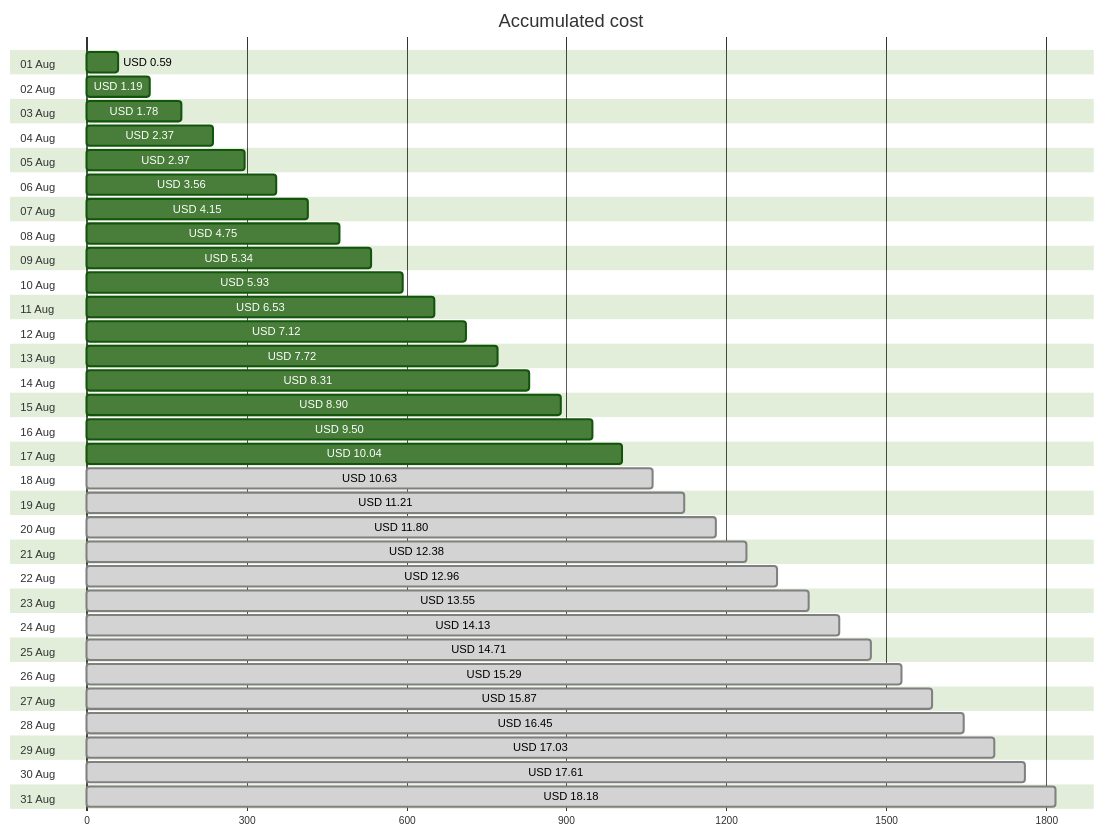
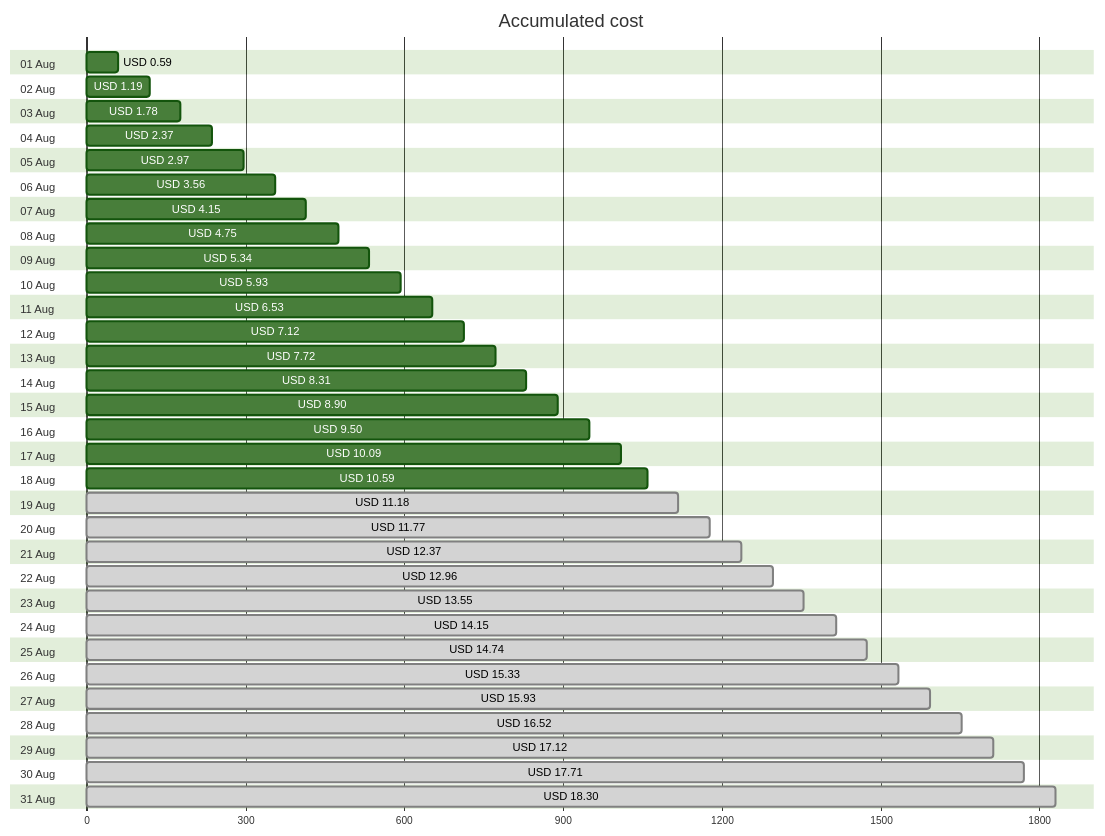
The first of 4 diagrams in cost-reports/personal-site/README.md (jpfulton/azure-personal-reports), drawn with Mermaid (forest theme) before and after one commit. The commit also changed other lines of this file and 6 other files, not shown here.

````diff
--- a/cost-reports/personal-site/README.md
+++ b/cost-reports/personal-site/README.md
@@ -20,68 +20,68 @@
 ```mermaid
 gantt
    title Accumulated cost
    dateFormat  X
    axisFormat %s
    section 01 Aug
    USD 0.59 :0, 59
    section 02 Aug
    USD 1.19 :0, 119
    section 03 Aug
    USD 1.78 :0, 178
    section 04 Aug
    USD 2.37 :0, 237
    section 05 Aug
    USD 2.97 :0, 297
    section 06 Aug
    USD 3.56 :0, 356
    section 07 Aug
    USD 4.15 :0, 415
    section 08 Aug
    USD 4.75 :0, 475
    section 09 Aug
    USD 5.34 :0, 534
    section 10 Aug
    USD 5.93 :0, 593
    section 11 Aug
    USD 6.53 :0, 653
    section 12 Aug
    USD 7.12 :0, 712
    section 13 Aug
    USD 7.72 :0, 772
    section 14 Aug
    USD 8.31 :0, 831
    section 15 Aug
    USD 8.90 :0, 890
    section 16 Aug
    USD 9.50 :0, 950
    section 17 Aug
-   USD 10.04 :0, 1004
+   USD 10.09 :0, 1009
    section 18 Aug
-   USD 10.63 : done, 0, 1063
+   USD 10.59 :0, 1059
    section 19 Aug
-   USD 11.21 : done, 0, 1121
+   USD 11.18 : done, 0, 1118
    section 20 Aug
-   USD 11.80 : done, 0, 1180
+   USD 11.77 : done, 0, 1177
    section 21 Aug
-   USD 12.38 : done, 0, 1238
+   USD 12.37 : done, 0, 1237
    section 22 Aug
    USD 12.96 : done, 0, 1296
    section 23 Aug
    USD 13.55 : done, 0, 1355
    section 24 Aug
-   USD 14.13 : done, 0, 1413
+   USD 14.15 : done, 0, 1415
    section 25 Aug
-   USD 14.71 : done, 0, 1471
+   USD 14.74 : done, 0, 1474
    section 26 Aug
-   USD 15.29 : done, 0, 1529
+   USD 15.33 : done, 0, 1533
    section 27 Aug
-   USD 15.87 : done, 0, 1587
+   USD 15.93 : done, 0, 1593
    section 28 Aug
-   USD 16.45 : done, 0, 1645
+   USD 16.52 : done, 0, 1652
    section 29 Aug
-   USD 17.03 : done, 0, 1703
+   USD 17.12 : done, 0, 1712
    section 30 Aug
-   USD 17.61 : done, 0, 1761
+   USD 17.71 : done, 0, 1771
    section 31 Aug
-   USD 18.18 : done, 0, 1818
+   USD 18.30 : done, 0, 1830
 ```
````
